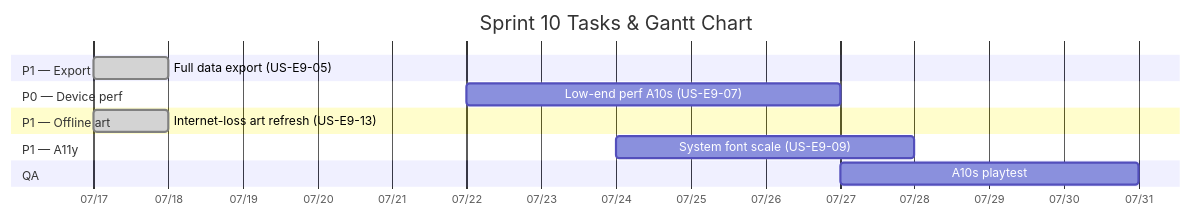
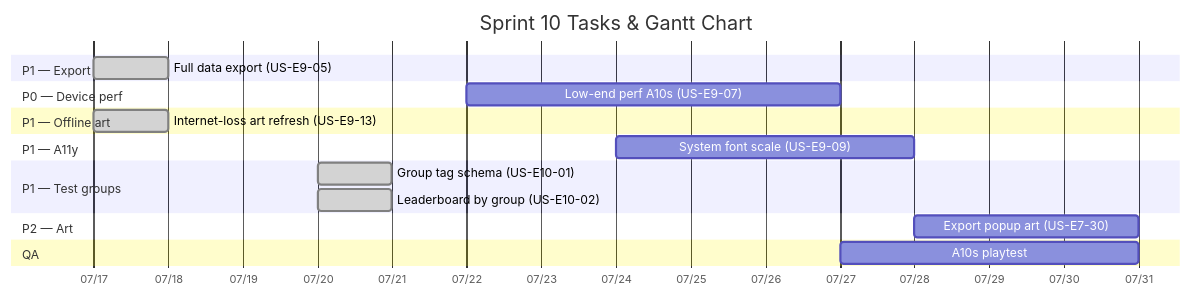
Before and after one commit to ChayutChanmueang/mci-cognitive-game-hub-dev-deploy: the diagram in docs/agile/sprint-backlogs/sprint-10.md, drawn with Mermaid. The commit also changed other lines of this file and 8 other files, not shown here.

````diff
--- a/docs/agile/sprint-backlogs/sprint-10.md
+++ b/docs/agile/sprint-backlogs/sprint-10.md
@@ -12,16 +12,21 @@
 ```mermaid
 gantt
     title Sprint 10 Tasks & Gantt Chart
     dateFormat  YYYY-MM-DD
     axisFormat  %m/%d
     section P1 — Export
     Full data export (US-E9-05)      :done, t5, 2026-07-17, 1d
     section P0 — Device perf
     Low-end perf A10s (US-E9-07)     :t7, 2026-07-22, 5d
     section P1 — Offline art
     Internet-loss art refresh (US-E9-13) :done, t13, 2026-07-17, 1d
     section P1 — A11y
     System font scale (US-E9-09)     :t9, 2026-07-24, 4d
+    section P1 — Test groups
+    Group tag schema (US-E10-01)     :done, t101, 2026-07-20, 1d
+    Leaderboard by group (US-E10-02) :done, t102, 2026-07-20, 1d
+    section P2 — Art
+    Export popup art (US-E7-30)      :t730, 2026-07-28, 3d
     section QA
     A10s playtest                    :q1, 2026-07-27, 4d
 ```
````
